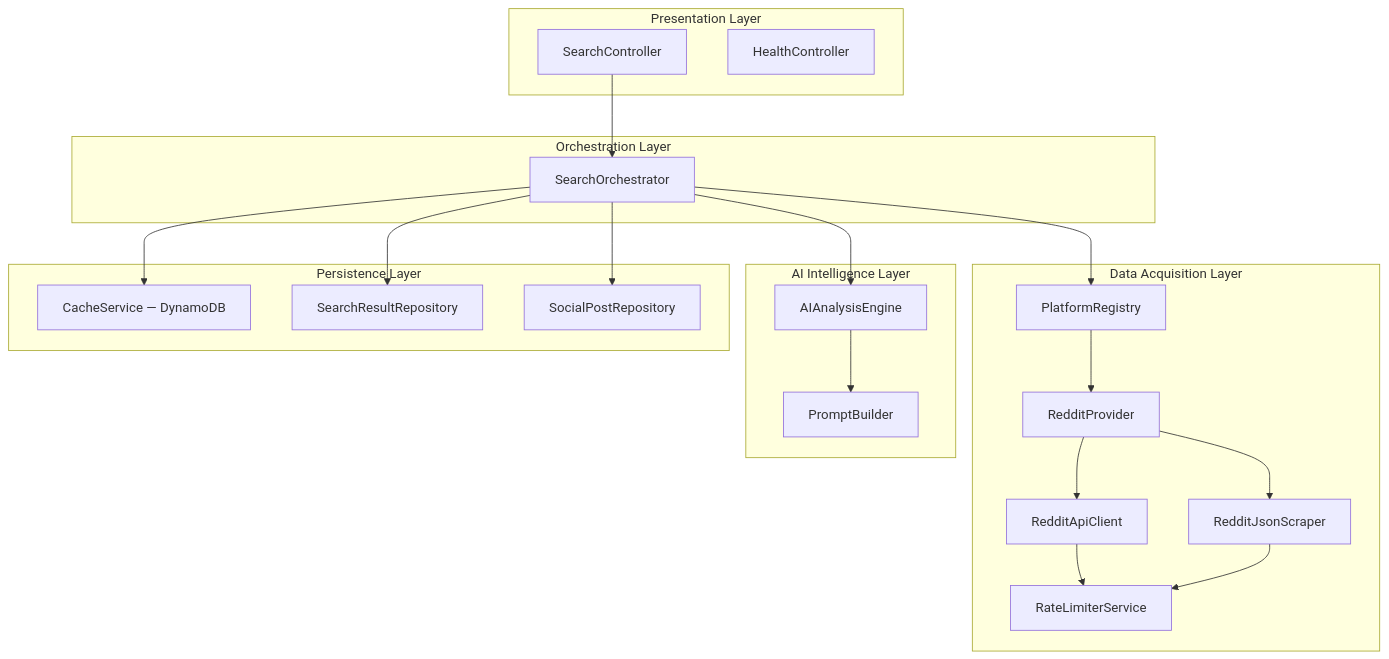
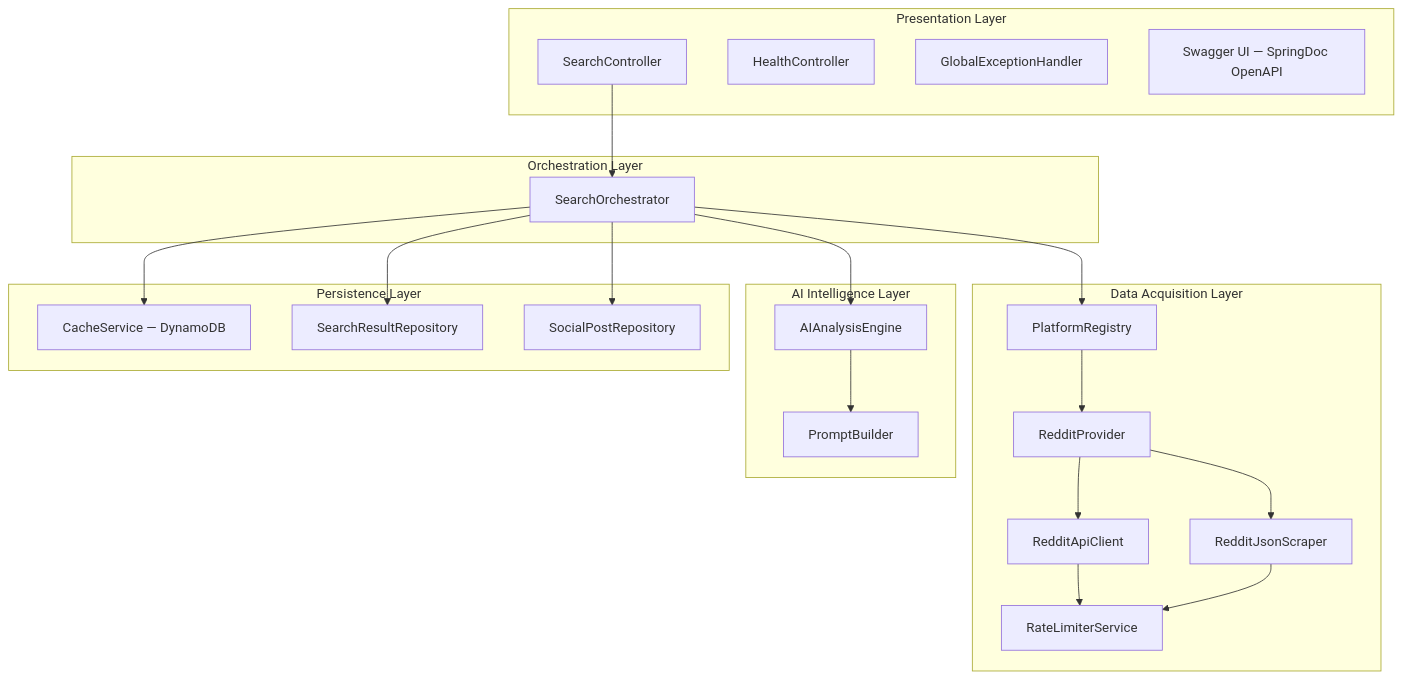
One commit to anubhavbagri/CrowdLens changed the fifth of 8 diagrams in architecture.md. Above: the diagram before and after it, drawn with Mermaid. The commit also changed other lines of this file and 3 other files, not shown here.

````diff
--- a/architecture.md
+++ b/architecture.md
@@ -250,43 +251,45 @@
 ```mermaid
 graph TB
     subgraph Presentation["Presentation Layer"]
         SC[SearchController]
         HC[HealthController]
+        GEH[GlobalExceptionHandler]
+        SW[Swagger UI — SpringDoc OpenAPI]
     end
 
     subgraph Orchestration["Orchestration Layer"]
         SO[SearchOrchestrator]
     end
 
     subgraph DataAcquisition["Data Acquisition Layer"]
         PR[PlatformRegistry]
         RP[RedditProvider]
         RAC[RedditApiClient]
         RJS[RedditJsonScraper]
         RL[RateLimiterService]
     end
 
     subgraph Intelligence["AI Intelligence Layer"]
         AIE[AIAnalysisEngine]
         PB[PromptBuilder]
     end
 
     subgraph Persistence["Persistence Layer"]
         CS[CacheService — DynamoDB]
         SR[SearchResultRepository]
         SPR[SocialPostRepository]
     end
 
     SC --> SO
     SO --> PR
     SO --> AIE
     SO --> CS
     PR --> RP
     RP --> RAC
     RP --> RJS
     RAC --> RL
     RJS --> RL
     AIE --> PB
     SO --> SR
     SO --> SPR
 ```
````
